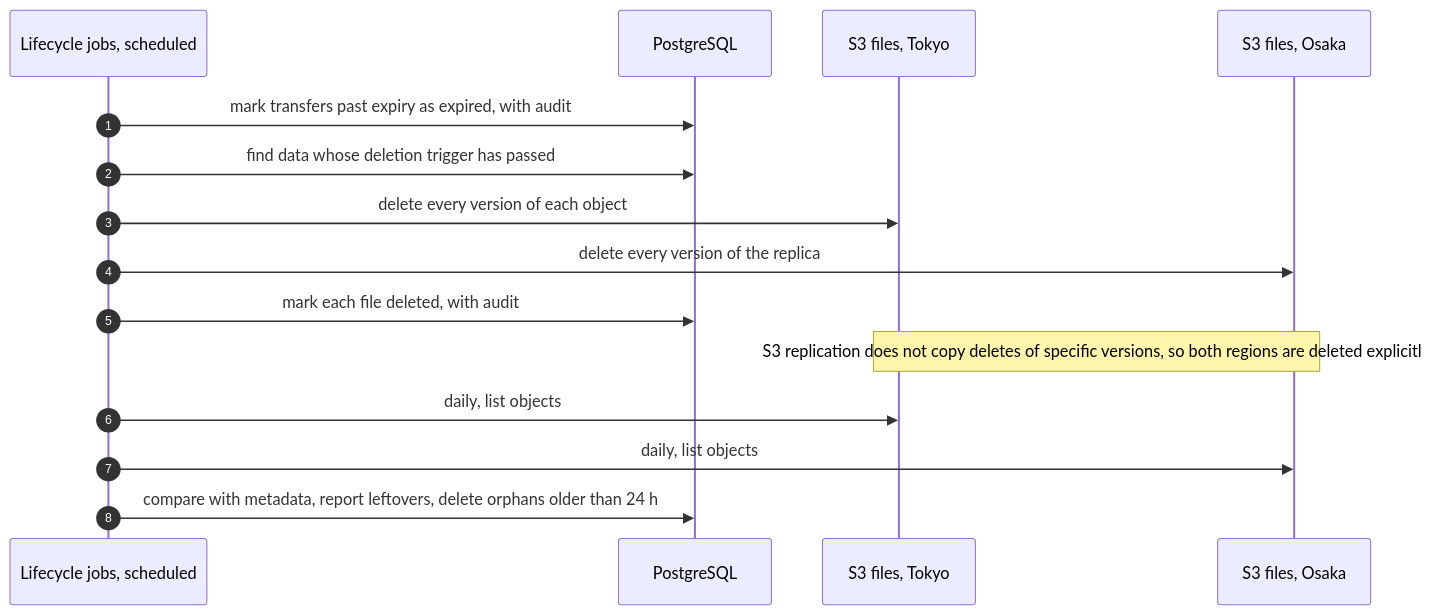
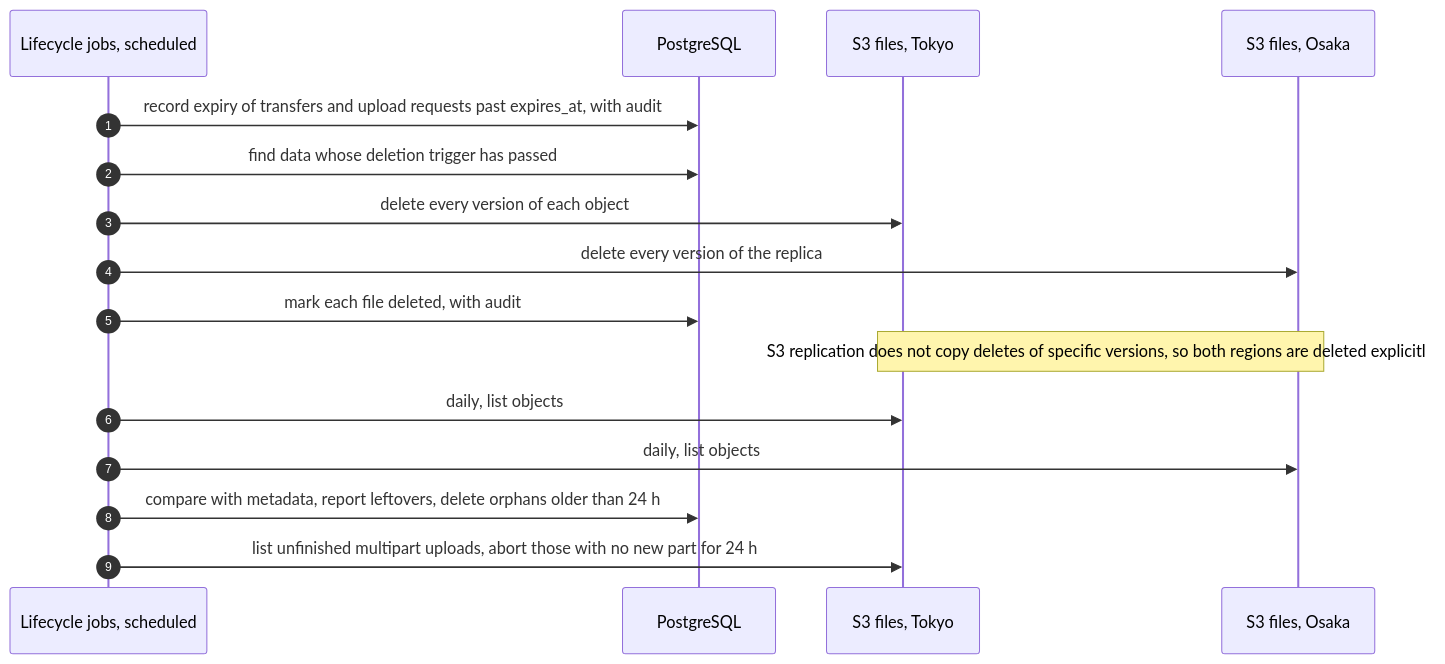
Before and after one commit to codewithmuh/secure-file-transfer: the eighth of 8 diagrams in docs/architecture.md, drawn with Mermaid. The commit also changed other lines of this file, not shown here.

First line of the commit message:
docs: address code review on the architecture (#12)

````diff
--- a/docs/architecture.md
+++ b/docs/architecture.md
@@ -300,17 +333,18 @@
 ```mermaid
 sequenceDiagram
     autonumber
     participant J as Lifecycle jobs, scheduled
     participant DB as PostgreSQL
     participant T as S3 files, Tokyo
     participant O as S3 files, Osaka
-    J->>DB: mark transfers past expiry as expired, with audit
+    J->>DB: record expiry of transfers and upload requests past expires_at, with audit
     J->>DB: find data whose deletion trigger has passed
     J->>T: delete every version of each object
     J->>O: delete every version of the replica
     J->>DB: mark each file deleted, with audit
     Note over T,O: S3 replication does not copy deletes of specific versions, so both regions are deleted explicitly
     J->>T: daily, list objects
     J->>O: daily, list objects
     J->>DB: compare with metadata, report leftovers, delete orphans older than 24 h
+    J->>T: list unfinished multipart uploads, abort those with no new part for 24 h
 ```
````
